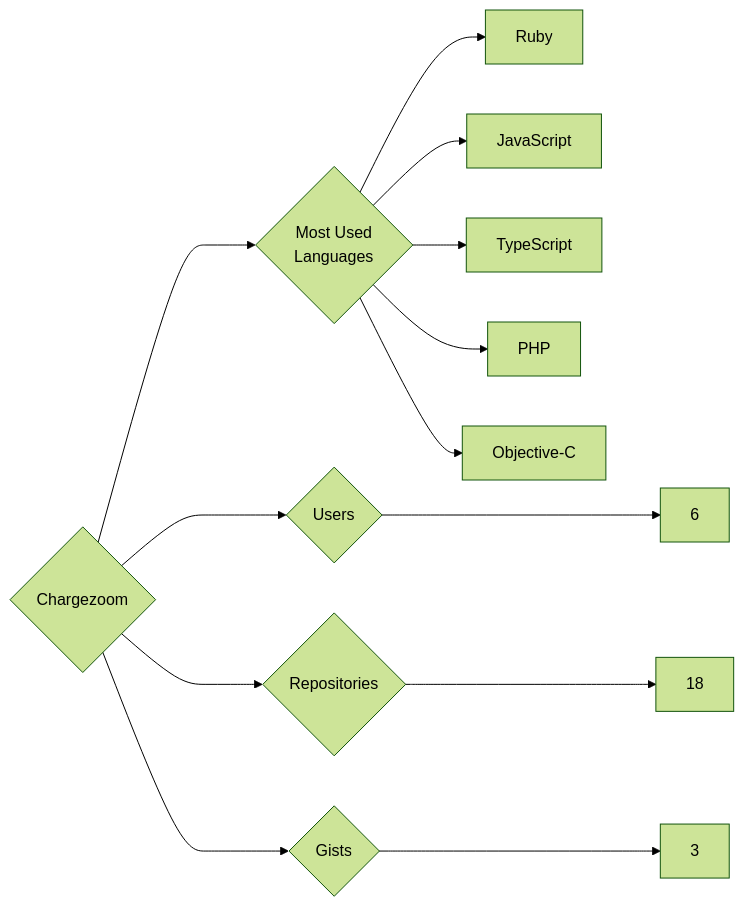
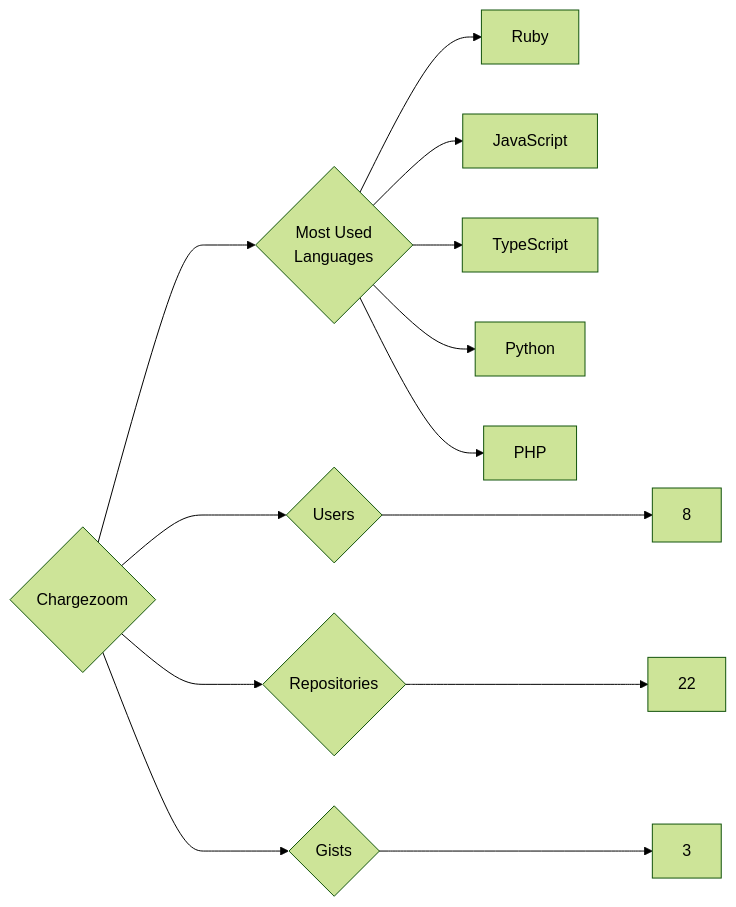
The diagram in targets/Chargezoom/README.md (trickest/insiders), drawn with Mermaid (forest theme) before and after one commit. The commit also changed 1141 other files, not shown here.

````diff
--- a/targets/Chargezoom/README.md
+++ b/targets/Chargezoom/README.md
@@ -3,13 +3,13 @@
 ```mermaid
 graph LR
 COMPANY_NAME{Chargezoom}
-COMPANY_NAME ---> U{Users} ---> UN[6]
-COMPANY_NAME ---> R{Repositories} ---> RN[18]
+COMPANY_NAME ---> U{Users} ---> UN[8]
+COMPANY_NAME ---> R{Repositories} ---> RN[22]
 COMPANY_NAME ---> G{Gists} ---> GN[3]
 COMPANY_NAME ---> ML{Most Used<br>Languages}
 ML --> Ruby[Ruby]
 ML --> JavaScript[JavaScript]
 ML --> TypeScript[TypeScript]
+ML --> Python[Python]
 ML --> PHP[PHP]
-ML --> Objective-C[Objective-C]
 ```
````
